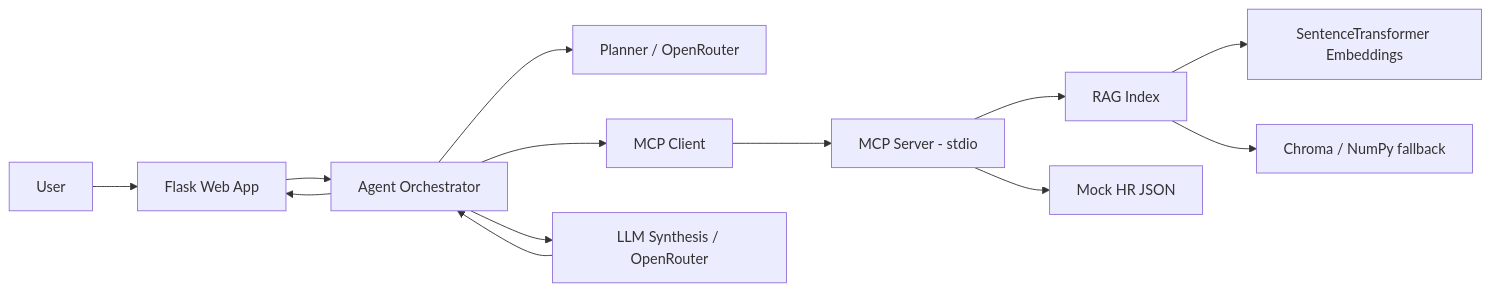
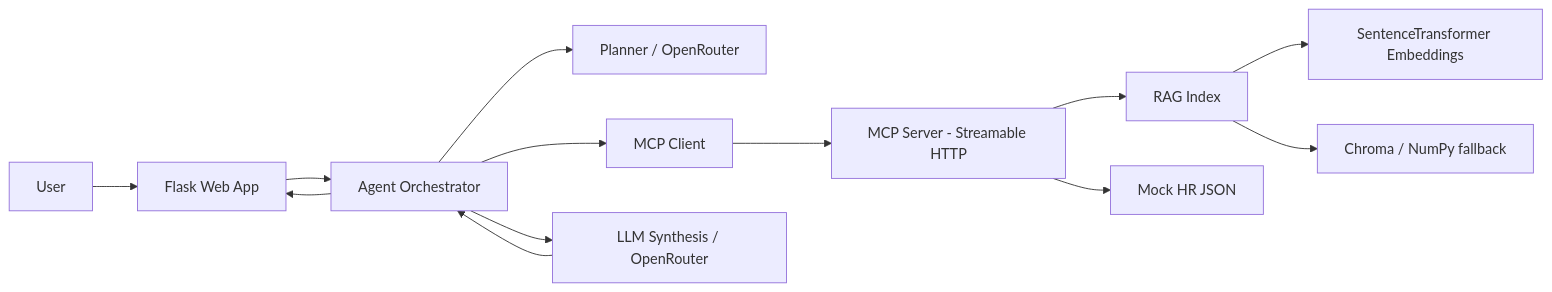
Before and after one commit to ada007galaxy/AI-Xena-HR-Agent: the diagram in design-and-evaluation.md, drawn with Mermaid. The commit also changed other lines of this file, not shown here.

Commit message:
Fix MCP transport documentation

````diff
--- a/design-and-evaluation.md
+++ b/design-and-evaluation.md
@@ -5,15 +5,15 @@
 ```mermaid
 flowchart LR
     U[User] --> W[Flask Web App]
     W --> O[Agent Orchestrator]
     O --> P[Planner / OpenRouter]
     O --> C[MCP Client]
-    C --> S[MCP Server - stdio]
+    C --> S[MCP Server - Streamable HTTP]
     S --> R[RAG Index]
     S --> D[Mock HR JSON]
     O --> L[LLM Synthesis / OpenRouter]
     L --> O
     O --> W
     R --> V[SentenceTransformer Embeddings]
     R --> CH[Chroma / NumPy fallback]
 ```
````
